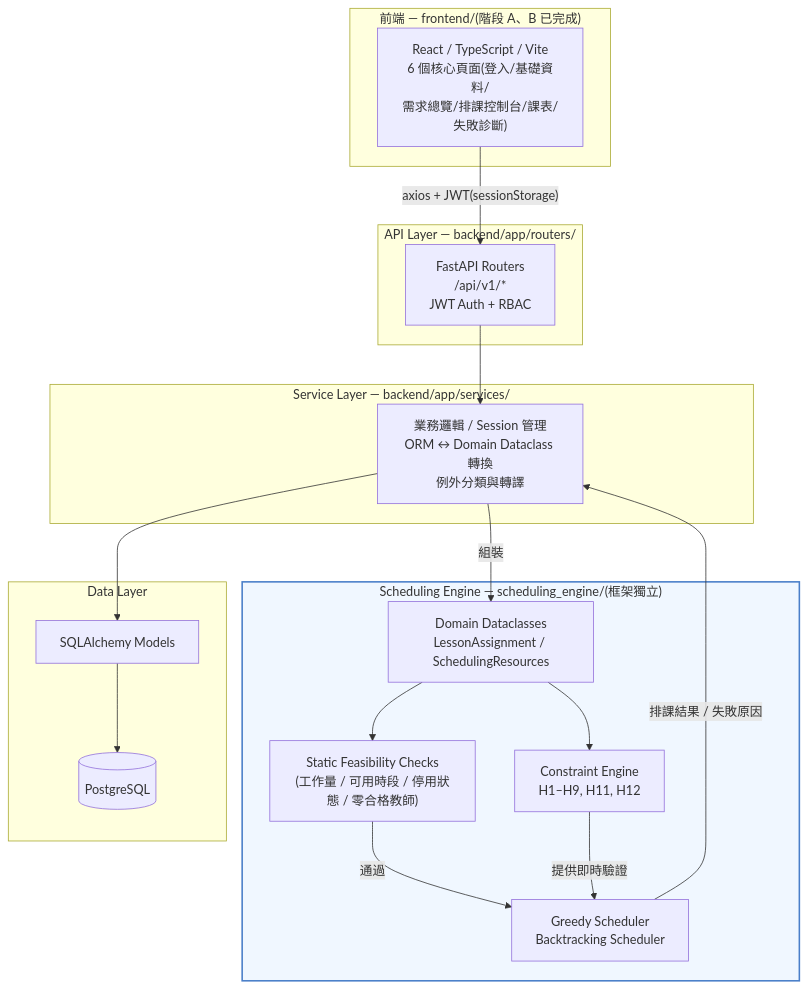
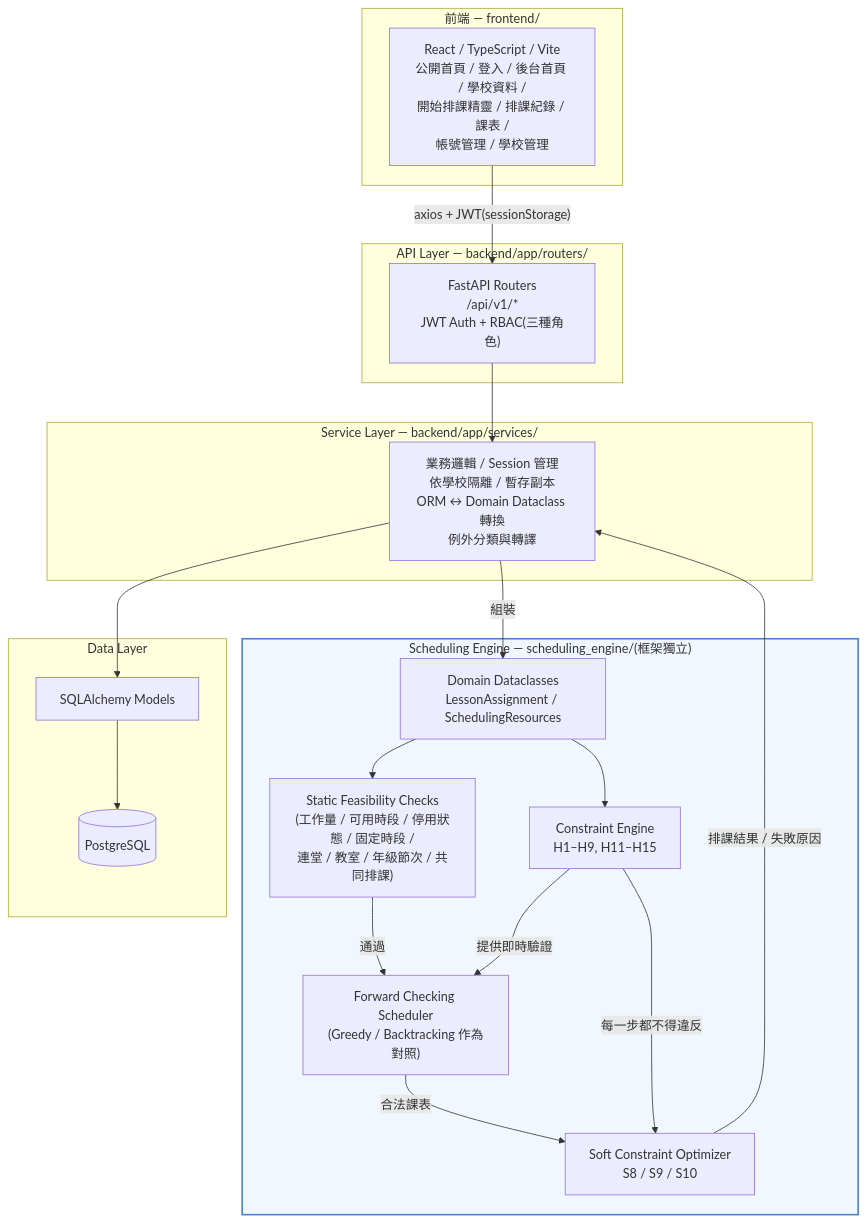
The first of 2 diagrams in docs/SYSTEM_DESIGN.md (aaachun18/elementary-school-timetable), drawn with Mermaid before and after one commit. The commit also changed other lines of this file and 43 other files, not shown here.

Commit message:
feat: 手動調整新增「移出課表」（拖曳或點選移出區，連堂整組移出，共同排課不可移出）與「更換教室」、資訊提示框加寬、首頁未發布紀錄簡化、README 與文件改版並更新截圖

````diff
--- a/docs/SYSTEM_DESIGN.md
+++ b/docs/SYSTEM_DESIGN.md
@@ -42,39 +114,42 @@
 ```mermaid
 flowchart TB
-    subgraph Client["前端 — frontend/(階段 A、B 已完成)"]
-        React["React / TypeScript / Vite<br/>6 個核心頁面(登入/基礎資料/<br/>需求總覽/排課控制台/課表/失敗診斷)"]
+    subgraph Client["前端 — frontend/"]
+        React["React / TypeScript / Vite<br/>公開首頁 / 登入 / 後台首頁 / 學校資料 /<br/>開始排課精靈 / 排課紀錄 / 課表 /<br/>帳號管理 / 學校管理"]
     end
 
     subgraph API["API Layer — backend/app/routers/"]
-        FastAPI["FastAPI Routers<br/>/api/v1/*<br/>JWT Auth + RBAC"]
+        FastAPI["FastAPI Routers<br/>/api/v1/*<br/>JWT Auth + RBAC(三種角色)"]
     end
 
     subgraph Service["Service Layer — backend/app/services/"]
-        SVC["業務邏輯 / Session 管理<br/>ORM ↔ Domain Dataclass 轉換<br/>例外分類與轉譯"]
+        SVC["業務邏輯 / Session 管理<br/>依學校隔離 / 暫存副本<br/>ORM ↔ Domain Dataclass 轉換<br/>例外分類與轉譯"]
     end
 
     subgraph Engine["Scheduling Engine — scheduling_engine/(框架獨立)"]
         Domain["Domain Dataclasses<br/>LessonAssignment / SchedulingResources"]
-        Static["Static Feasibility Checks<br/>(工作量 / 可用時段 / 停用狀態 / 零合格教師)"]
-        Constraints["Constraint Engine<br/>H1–H9, H11, H12"]
-        Algo["Greedy Scheduler<br/>Backtracking Scheduler"]
+        Static["Static Feasibility Checks<br/>(工作量 / 可用時段 / 停用狀態 / 固定時段 /<br/>連堂 / 教室 / 年級節次 / 共同排課)"]
+        Constraints["Constraint Engine<br/>H1–H9, H11–H15"]
+        Algo["Forward Checking Scheduler<br/>(Greedy / Backtracking 作為對照)"]
+        Soft["Soft Constraint Optimizer<br/>S8 / S9 / S10"]
     end
 
     subgraph Data["Data Layer"]
         ORM["SQLAlchemy Models"]
         PG[("PostgreSQL")]
     end
 
     React -->|"axios + JWT(sessionStorage)"| FastAPI
     FastAPI --> SVC
     SVC -->|"組裝"| Domain
     Domain --> Static
     Static -->|"通過"| Algo
     Domain --> Constraints
     Constraints -->|"提供即時驗證"| Algo
-    Algo -->|"排課結果 / 失敗原因"| SVC
+    Algo -->|"合法課表"| Soft
+    Constraints -->|"每一步都不得違反"| Soft
+    Soft -->|"排課結果 / 失敗原因"| SVC
     SVC --> ORM
     ORM --> PG
 
     style Engine fill:#f0f7ff,stroke:#4a7fc9,stroke-width:2px
 ```
````
